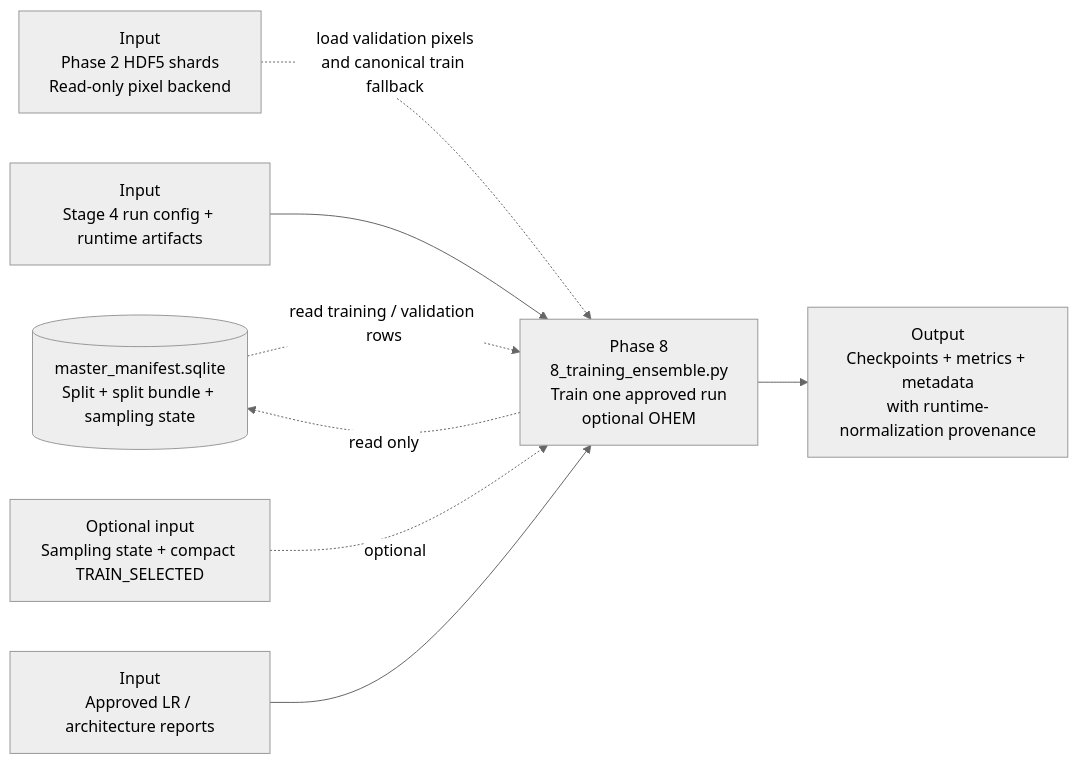
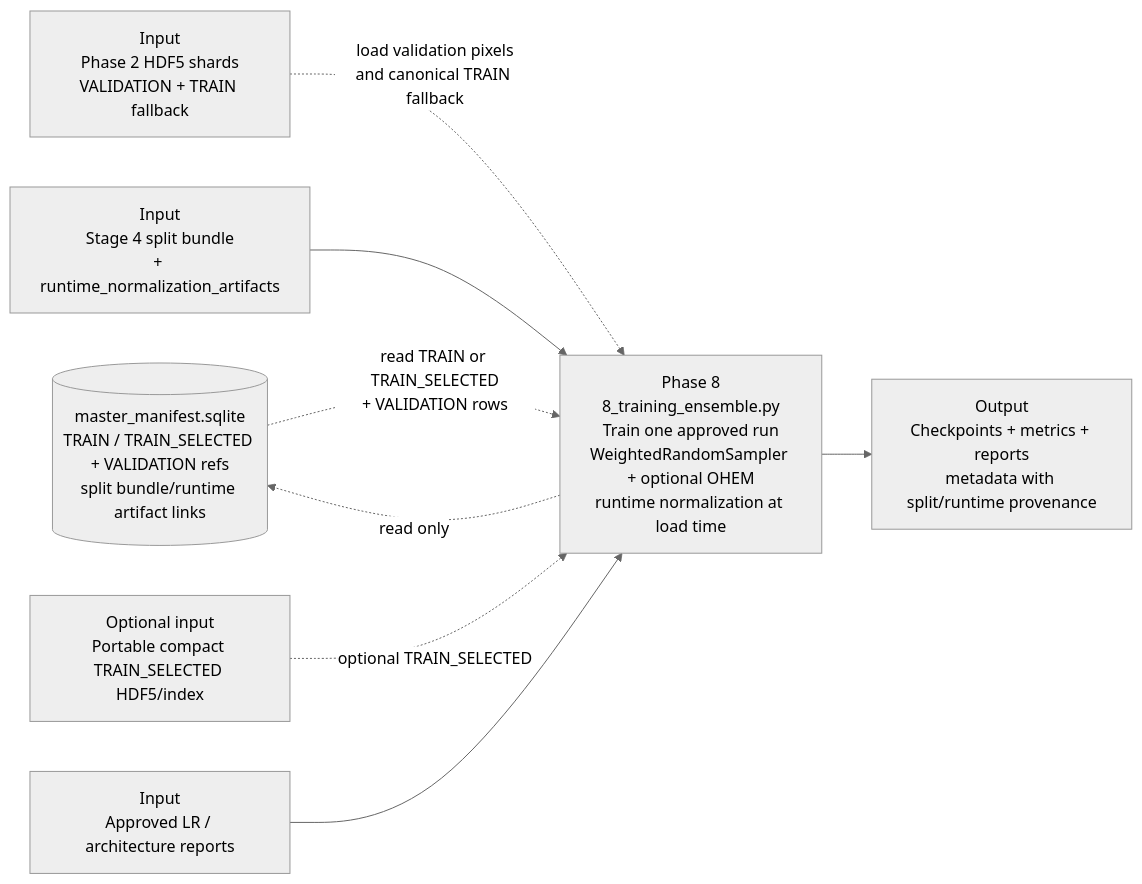
One commit to bhnunes/Master_Coding changed the diagram in MERMAID/phase_8_training.mermaid. Above: the diagram before and after it, drawn with Mermaid (neutral theme). The commit also changed 27 other files, not shown here.

```diff
--- a/MERMAID/phase_8_training.mermaid
+++ b/MERMAID/phase_8_training.mermaid
@@ -1,16 +1,16 @@
 flowchart LR
-    manifest[(master_manifest.sqlite<br/>Split + split bundle + sampling state)]
-    shards[Input<br/>Phase 2 HDF5 shards<br/>Read-only pixel backend]
-    phase4_outputs[Input<br/>Stage 4 run config + runtime artifacts]
-    phase6_outputs[Optional input<br/>Sampling state + compact TRAIN_SELECTED]
+    manifest[(master_manifest.sqlite<br/>TRAIN / TRAIN_SELECTED + VALIDATION refs<br/>split bundle/runtime artifact links)]
+    shards[Input<br/>Phase 2 HDF5 shards<br/>VALIDATION + TRAIN fallback]
+    phase4_outputs[Input<br/>Stage 4 split bundle<br/>+ runtime_normalization_artifacts]
+    compact[Optional input<br/>Portable compact TRAIN_SELECTED HDF5/index]
     phase7_outputs[Input<br/>Approved LR / architecture reports]
-    p8[Phase 8<br/>8_training_ensemble.py<br/>Train one approved run<br/>optional OHEM]
-    outputs[Output<br/>Checkpoints + metrics + metadata<br/>with runtime-normalization provenance]
+    p8[Phase 8<br/>8_training_ensemble.py<br/>Train one approved run<br/>WeightedRandomSampler + optional OHEM<br/>runtime normalization at load time]
+    outputs[Output<br/>Checkpoints + metrics + reports<br/>metadata with split/runtime provenance]
 
-    manifest -. read training / validation rows .-> p8
-    shards -. load validation pixels<br/>and canonical train fallback .-> p8
+    manifest -. read TRAIN or TRAIN_SELECTED<br/>+ VALIDATION rows .-> p8
+    shards -. load validation pixels<br/>and canonical TRAIN fallback .-> p8
     phase4_outputs --> p8
-    phase6_outputs -. optional .-> p8
+    compact -. optional TRAIN_SELECTED .-> p8
     phase7_outputs --> p8
     p8 --> outputs
     p8 -. read only .-> manifest
```
